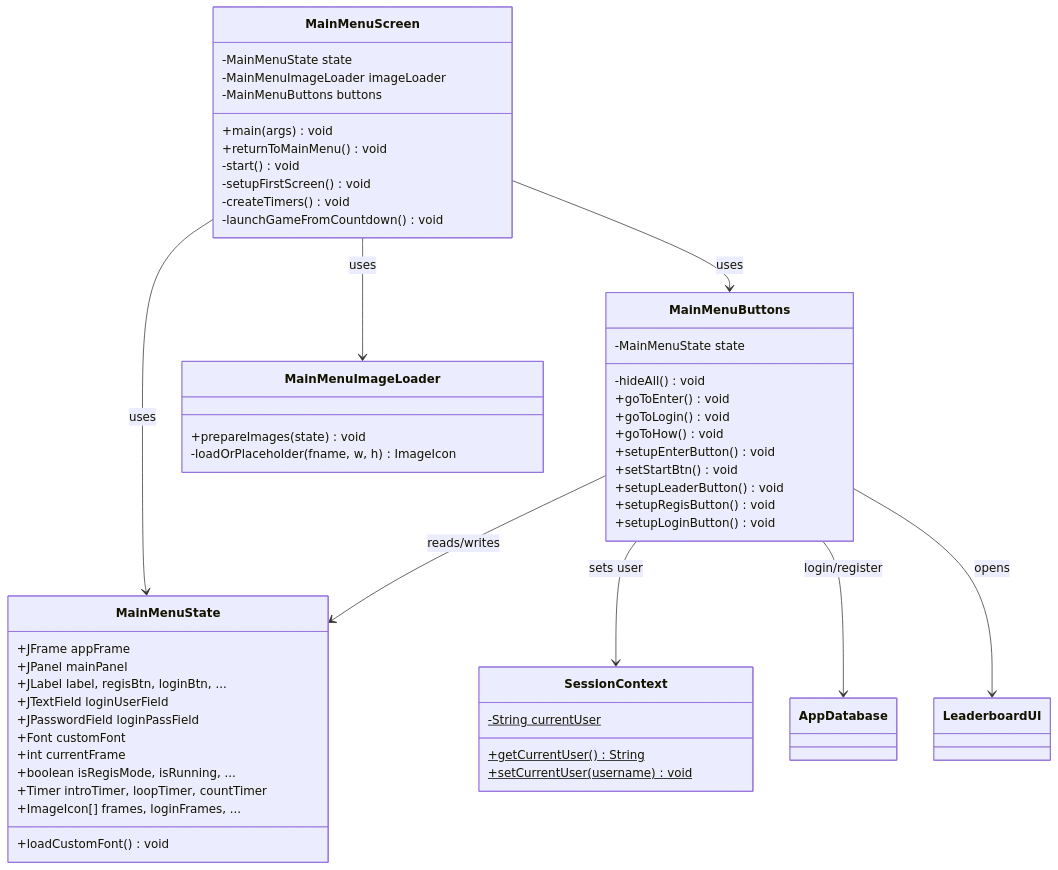
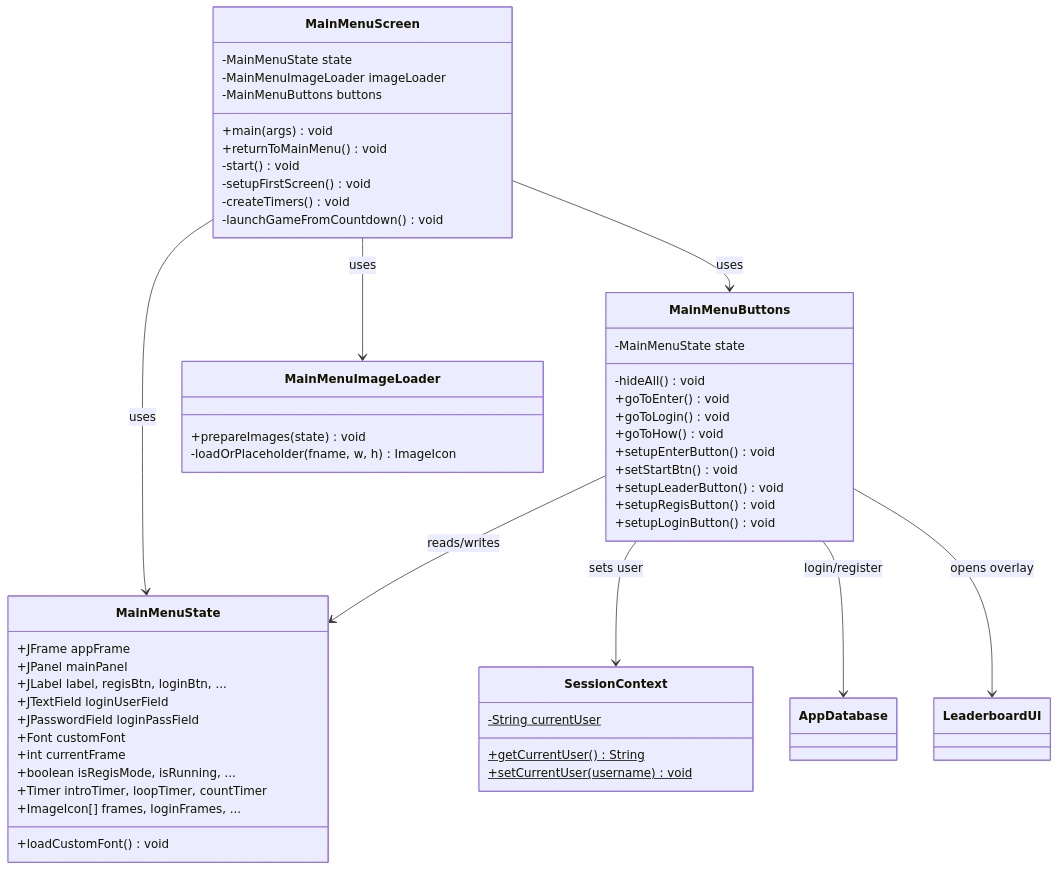
The second of 12 diagrams in docs/class_diagram.md (zAxn1e/ayutthaya-racing), drawn with Mermaid before and after one commit. The commit also changed other lines of this file and 20 other files, not shown here.

Commit message:
refresh docs, modernize in-game pause overlay, and clean up leaderboard UI

````diff
--- a/docs/class_diagram.md
+++ b/docs/class_diagram.md
@@ -30,60 +30,60 @@
 ```mermaid
 classDiagram
     class MainMenuScreen {
         -MainMenuState state
         -MainMenuImageLoader imageLoader
         -MainMenuButtons buttons
         +main(args) void
         +returnToMainMenu() void
         -start() void
         -setupFirstScreen() void
         -createTimers() void
         -launchGameFromCountdown() void
     }
 
     class MainMenuState {
         +JFrame appFrame
         +JPanel mainPanel
         +JLabel label, regisBtn, loginBtn, ...
         +JTextField loginUserField
         +JPasswordField loginPassField
         +Font customFont
         +int currentFrame
         +boolean isRegisMode, isRunning, ...
         +Timer introTimer, loopTimer, countTimer
         +ImageIcon[] frames, loginFrames, ...
         +loadCustomFont() void
     }
 
     class MainMenuButtons {
         -MainMenuState state
         -hideAll() void
         +goToEnter() void
         +goToLogin() void
         +goToHow() void
         +setupEnterButton() void
         +setStartBtn() void
         +setupLeaderButton() void
         +setupRegisButton() void
         +setupLoginButton() void
     }
 
     class MainMenuImageLoader {
         +prepareImages(state) void
         -loadOrPlaceholder(fname, w, h) ImageIcon
     }
 
     class SessionContext {
         -String currentUser$
         +getCurrentUser()$ String
         +setCurrentUser(username)$ void
     }
 
     MainMenuScreen --> MainMenuState : uses
     MainMenuScreen --> MainMenuButtons : uses
     MainMenuScreen --> MainMenuImageLoader : uses
     MainMenuButtons --> MainMenuState : reads/writes
     MainMenuButtons --> SessionContext : sets user
     MainMenuButtons --> AppDatabase : login/register
-    MainMenuButtons --> LeaderboardUI : opens
+    MainMenuButtons --> LeaderboardUI : opens overlay
 ```
````
